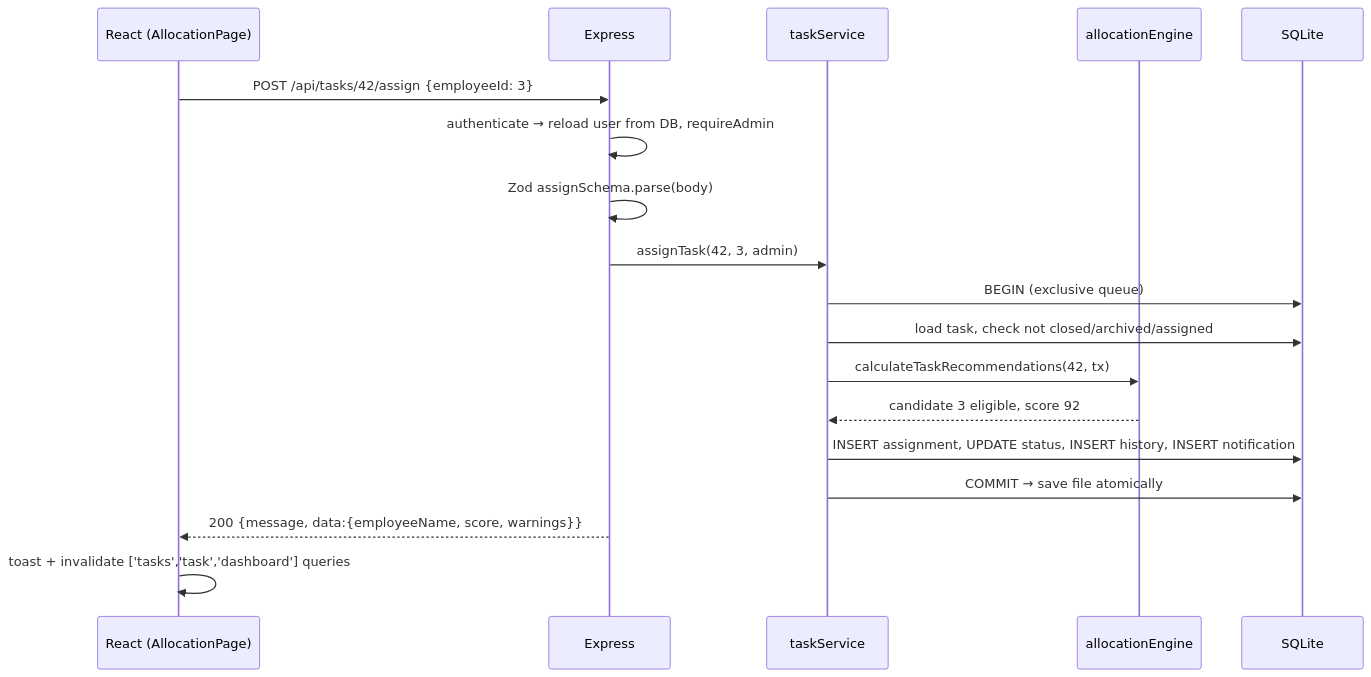
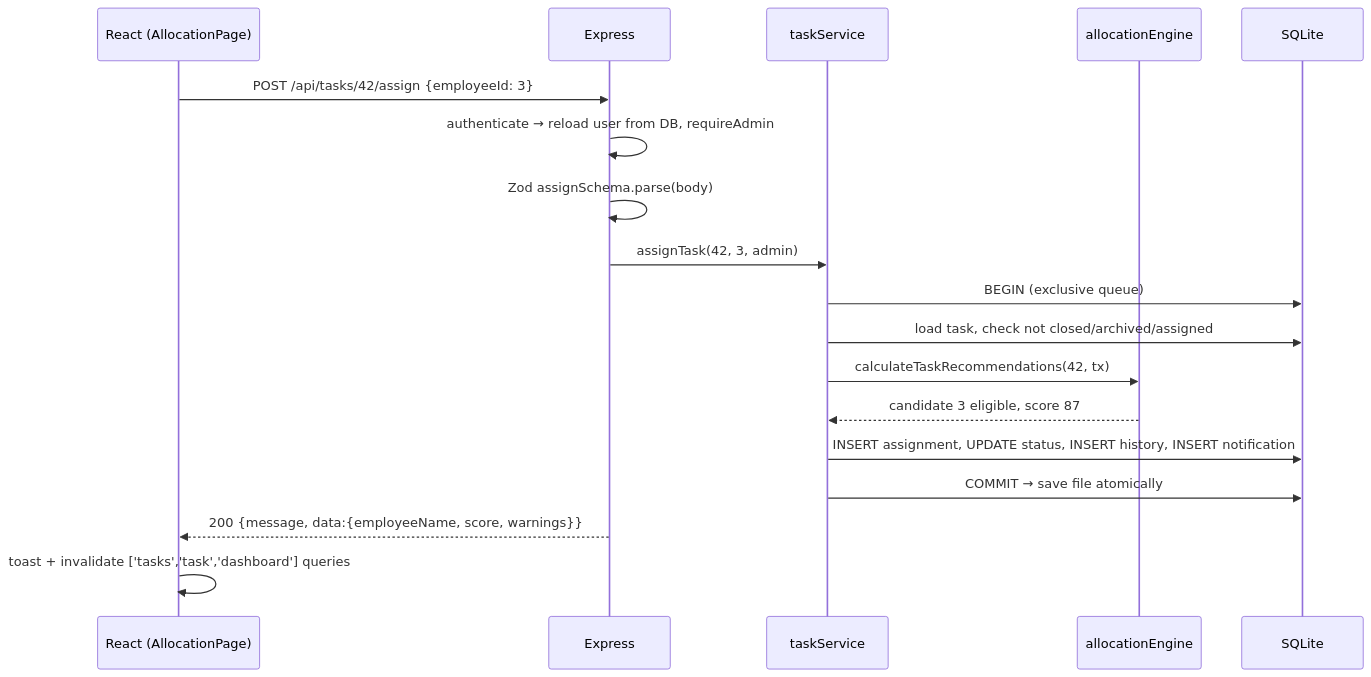
Before and after one commit to md8-habibullah/smart_workflow: the second of 2 diagrams in docs/ai/ARCHITECTURE.md, drawn with Mermaid. The commit also changed other lines of this file and 98 other files, not shown here.

````diff
--- a/docs/ai/ARCHITECTURE.md
+++ b/docs/ai/ARCHITECTURE.md
@@ -52,20 +62,20 @@
 ```mermaid
 sequenceDiagram
     participant UI as React (AllocationPage)
     participant API as Express
     participant TS as taskService
     participant AE as allocationEngine
     participant DB as SQLite
     UI->>API: POST /api/tasks/42/assign {employeeId: 3}
     API->>API: authenticate → reload user from DB, requireAdmin
     API->>API: Zod assignSchema.parse(body)
     API->>TS: assignTask(42, 3, admin)
     TS->>DB: BEGIN (exclusive queue)
     TS->>DB: load task, check not closed/archived/assigned
     TS->>AE: calculateTaskRecommendations(42, tx)
-    AE-->>TS: candidate 3 eligible, score 92
+    AE-->>TS: candidate 3 eligible, score 87
     TS->>DB: INSERT assignment, UPDATE status, INSERT history, INSERT notification
     TS->>DB: COMMIT → save file atomically
     API-->>UI: 200 {message, data:{employeeName, score, warnings}}
     UI->>UI: toast + invalidate ['tasks','task','dashboard'] queries
 ```
````
